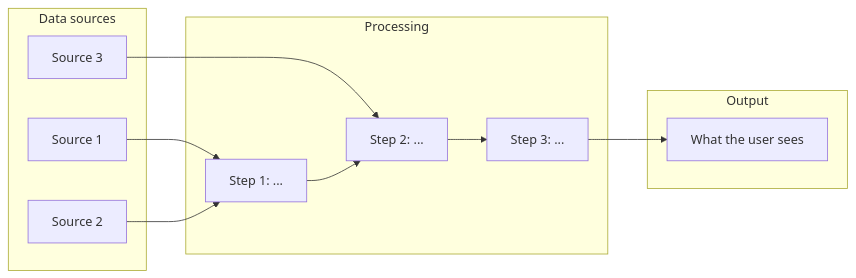
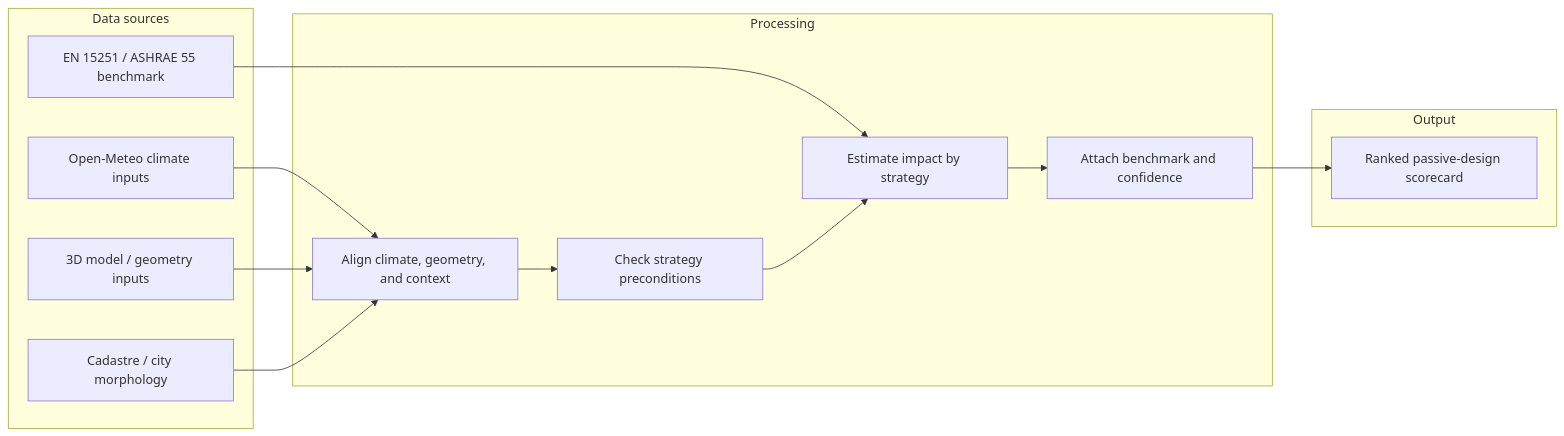
Before and after one commit to helios0007/DATA-FOR-AI: the diagram in docs/system-sketch-v0.md, drawn with Mermaid. The commit also changed other lines of this file and 6 other files, not shown here.

````diff
--- a/docs/system-sketch-v0.md
+++ b/docs/system-sketch-v0.md
@@ -19,20 +9,23 @@
 ```mermaid
 flowchart LR
     subgraph sources [Data sources]
-        A[Source 1]
-        B[Source 2]
-        C[Source 3]
+        A[Open-Meteo climate inputs]
+        B[3D model / geometry inputs]
+        C[Cadastre / city morphology]
+        D[EN 15251 / ASHRAE 55 benchmark]
     end
     subgraph processing [Processing]
-        D[Step 1: ...]
-        E[Step 2: ...]
-        F[Step 3: ...]
+        E[Align climate, geometry, and context]
+        F[Check strategy preconditions]
+        G[Estimate impact by strategy]
+        H[Attach benchmark and confidence]
     end
     subgraph output [Output]
-        G[What the user sees]
+        I[Ranked passive-design scorecard]
     end
-    A --> D
-    B --> D
+    A --> E
+    B --> E
     C --> E
-    D --> E --> F --> G
+    D --> G
+    E --> F --> G --> H --> I
 ```
````
